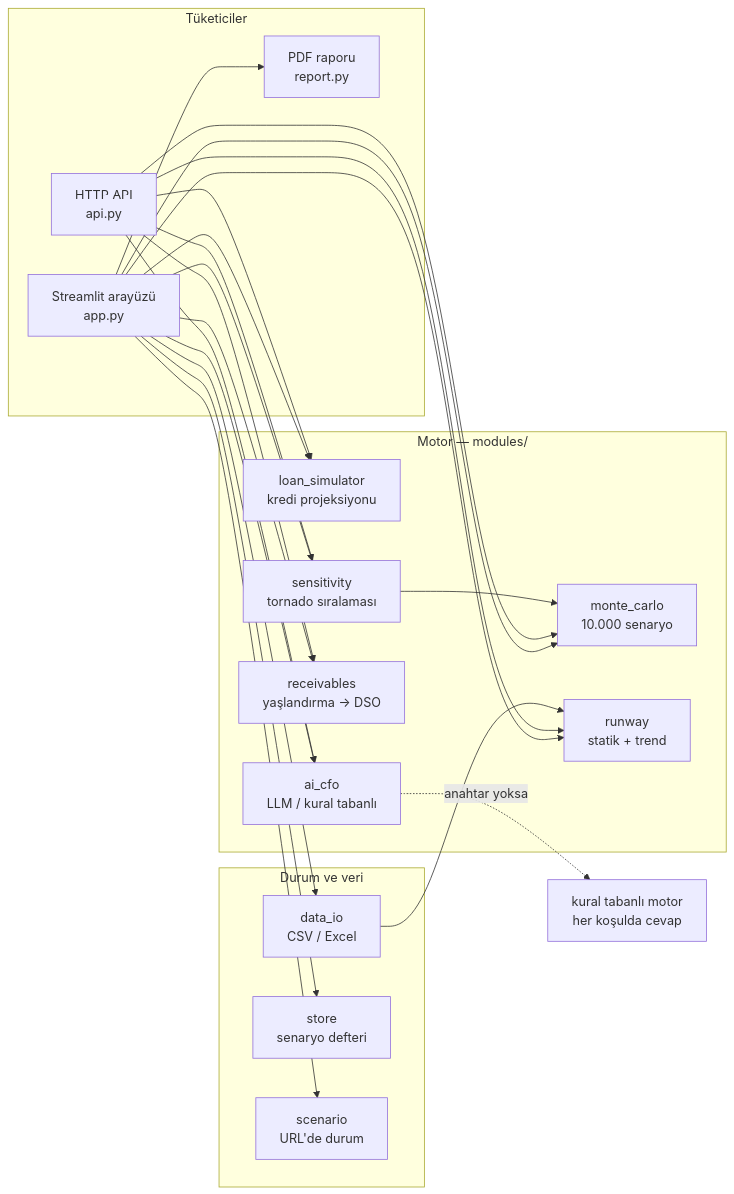
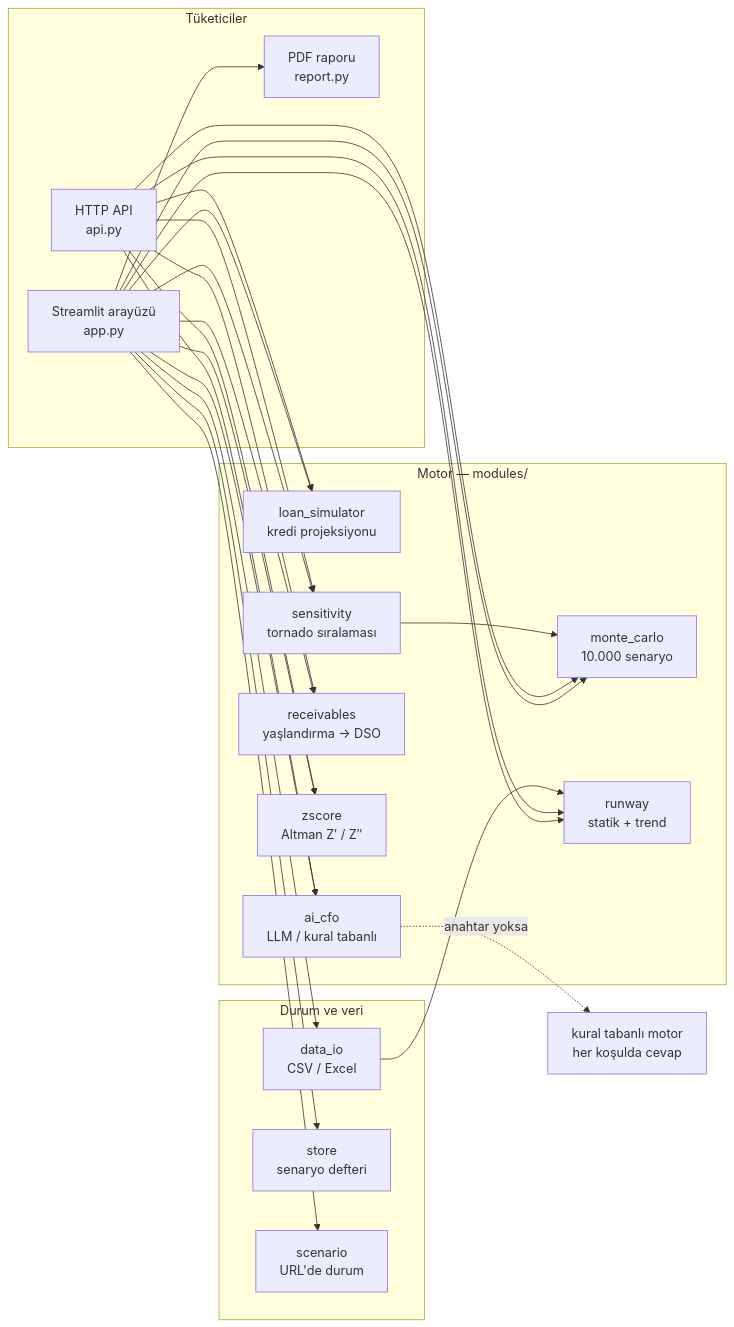
Before and after one commit to ealagoz233-cmd/cash-guard: the diagram in README.md, drawn with Mermaid. The commit also changed other lines of this file and 9 other files, not shown here.

````diff
--- a/README.md
+++ b/README.md
@@ -281,32 +290,33 @@
 ```mermaid
 flowchart LR
     subgraph T["Tüketiciler"]
         UI["Streamlit arayüzü<br/>app.py"]
         API["HTTP API<br/>api.py"]
         PDF["PDF raporu<br/>report.py"]
     end
 
     subgraph M["Motor — modules/"]
         LOAN["loan_simulator<br/>kredi projeksiyonu"]
         MC["monte_carlo<br/>10.000 senaryo"]
         SENS["sensitivity<br/>tornado sıralaması"]
         RECV["receivables<br/>yaşlandırma → DSO"]
+        ZS["zscore<br/>Altman Z′ / Z″"]
         RW["runway<br/>statik + trend"]
         CFO["ai_cfo<br/>LLM / kural tabanlı"]
     end
 
     subgraph D["Durum ve veri"]
         IO["data_io<br/>CSV / Excel"]
         STORE["store<br/>senaryo defteri"]
         SCN["scenario<br/>URL'de durum"]
     end
 
-    UI --> LOAN & MC & SENS & RECV & RW & CFO
+    UI --> LOAN & MC & SENS & RECV & ZS & RW & CFO
     UI --> IO & STORE & SCN
-    API --> LOAN & MC & SENS & RECV & RW & CFO
+    API --> LOAN & MC & SENS & RECV & ZS & RW & CFO
     UI --> PDF
     IO --> RW
     SENS --> MC
 
     CFO -.->|anahtar yoksa| RULE["kural tabanlı motor<br/>her koşulda cevap"]
 ```
````
